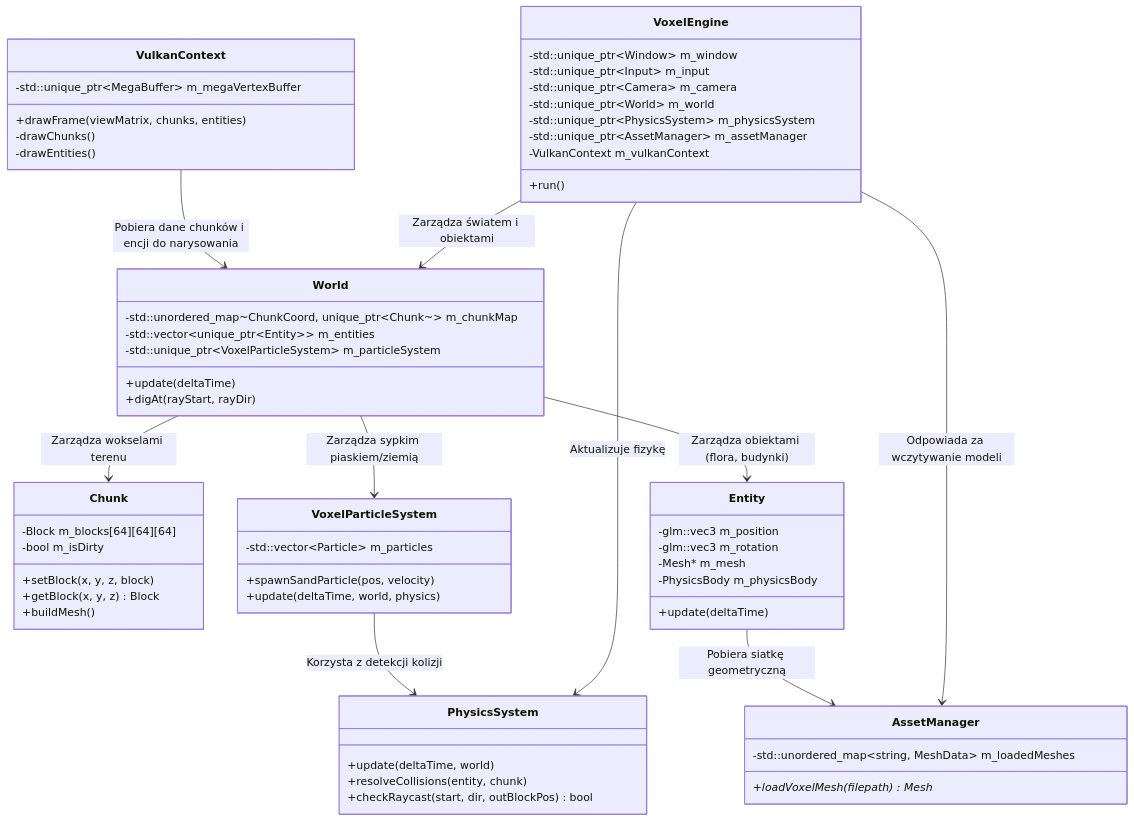
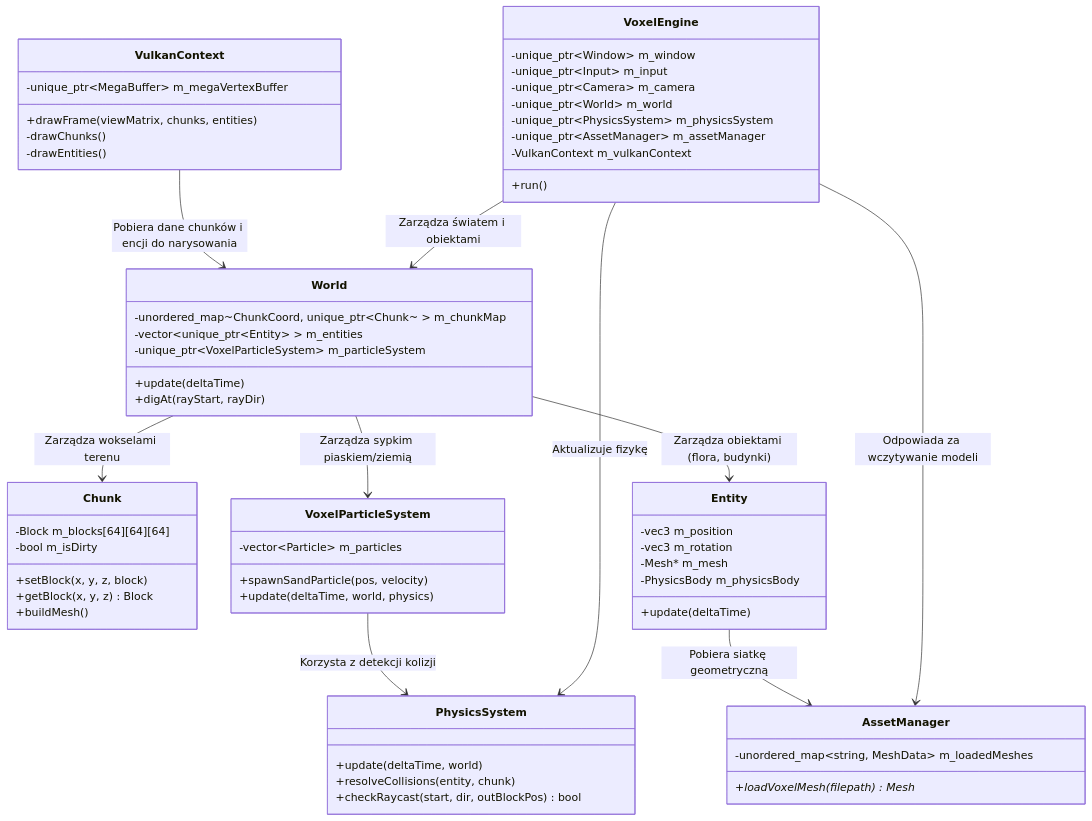
Before and after one commit to Siwyyy/VoxelEngine: the first of 2 diagrams in docs/07_Koncepcja_Silnika_Hybrydowego.md, drawn with Mermaid. The commit also changed 32 other files, not shown here.

````diff
--- a/docs/07_Koncepcja_Silnika_Hybrydowego.md
+++ b/docs/07_Koncepcja_Silnika_Hybrydowego.md
@@ -11,64 +11,64 @@
 ```mermaid
 classDiagram
     class VoxelEngine {
-        -std::unique_ptr~Window~ m_window
-        -std::unique_ptr~Input~ m_input
-        -std::unique_ptr~Camera~ m_camera
-        -std::unique_ptr~World~ m_world
-        -std::unique_ptr~PhysicsSystem~ m_physicsSystem
-        -std::unique_ptr~AssetManager~ m_assetManager
+        -unique_ptr~Window~ m_window
+        -unique_ptr~Input~ m_input
+        -unique_ptr~Camera~ m_camera
+        -unique_ptr~World~ m_world
+        -unique_ptr~PhysicsSystem~ m_physicsSystem
+        -unique_ptr~AssetManager~ m_assetManager
         -VulkanContext m_vulkanContext
         +run()
     }
     class World {
-        -std::unordered_map~ChunkCoord, unique_ptr~Chunk~~ m_chunkMap
-        -std::vector~unique_ptr~Entity~~ m_entities
-        -std::unique_ptr~VoxelParticleSystem~ m_particleSystem
+        -unordered_map~ChunkCoord, unique_ptr~Chunk~ ~ m_chunkMap
+        -vector~unique_ptr~Entity~ ~ m_entities
+        -unique_ptr~VoxelParticleSystem~ m_particleSystem
         +update(deltaTime)
         +digAt(rayStart, rayDir)
     }
     class Chunk {
         -Block m_blocks[64][64][64]
         -bool m_isDirty
         +setBlock(x, y, z, block)
         +getBlock(x, y, z) Block
         +buildMesh()
     }
     class PhysicsSystem {
         +update(deltaTime, world)
         +resolveCollisions(entity, chunk)
         +checkRaycast(start, dir, outBlockPos) bool
     }
     class AssetManager {
-        -std::unordered_map~string, MeshData~ m_loadedMeshes
+        -unordered_map~string, MeshData~ m_loadedMeshes
         +loadVoxelMesh(filepath) Mesh*
     }
     class Entity {
-        -glm::vec3 m_position
-        -glm::vec3 m_rotation
+        -vec3 m_position
+        -vec3 m_rotation
         -Mesh* m_mesh
         -PhysicsBody m_physicsBody
         +update(deltaTime)
     }
     class VoxelParticleSystem {
-        -std::vector~Particle~ m_particles
+        -vector~Particle~ m_particles
         +spawnSandParticle(pos, velocity)
         +update(deltaTime, world, physics)
     }
     class VulkanContext {
-        -std::unique_ptr~MegaBuffer~ m_megaVertexBuffer
+        -unique_ptr~MegaBuffer~ m_megaVertexBuffer
         +drawFrame(viewMatrix, chunks, entities)
         -drawChunks()
         -drawEntities()
     }
 
     VoxelEngine --> World : Zarządza światem i obiektami
     VoxelEngine --> PhysicsSystem : Aktualizuje fizykę
     VoxelEngine --> AssetManager : Odpowiada za wczytywanie modeli
     World --> Chunk : Zarządza wokselami terenu
     World --> Entity : Zarządza obiektami (flora, budynki)
     World --> VoxelParticleSystem : Zarządza sypkim piaskiem/ziemią
     VoxelParticleSystem --> PhysicsSystem : Korzysta z detekcji kolizji
     Entity --> AssetManager : Pobiera siatkę geometryczną
     VulkanContext --> World : Pobiera dane chunków i encji do narysowania
 ```
````
